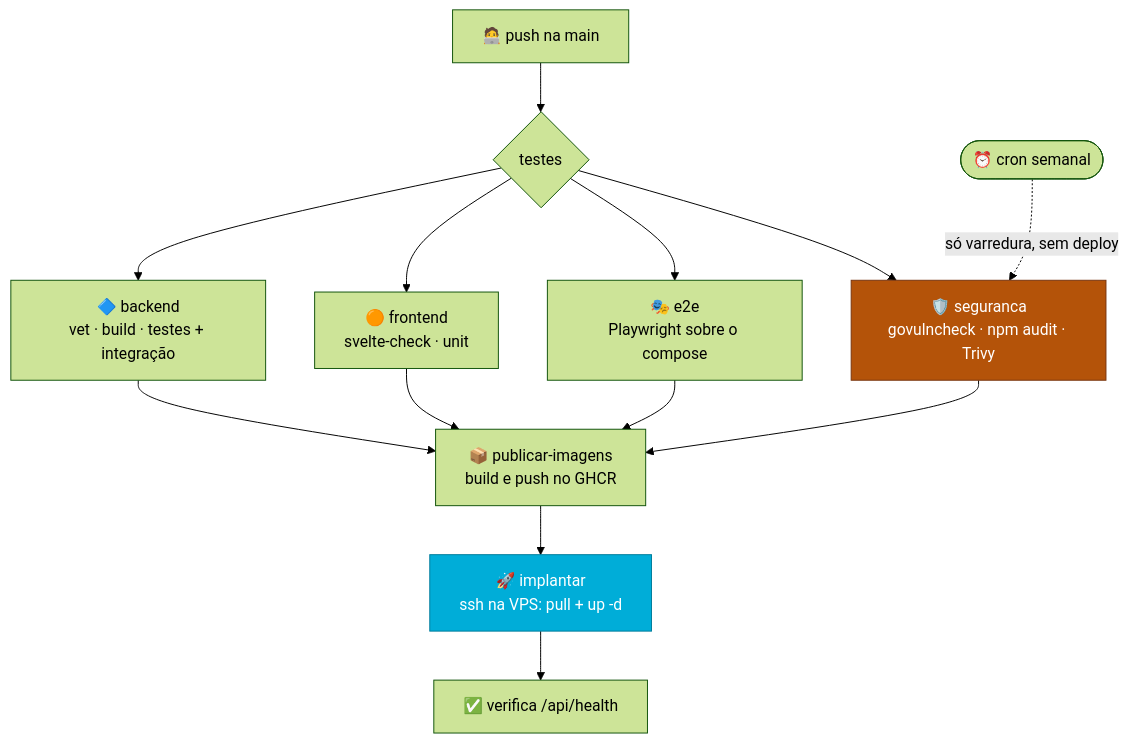
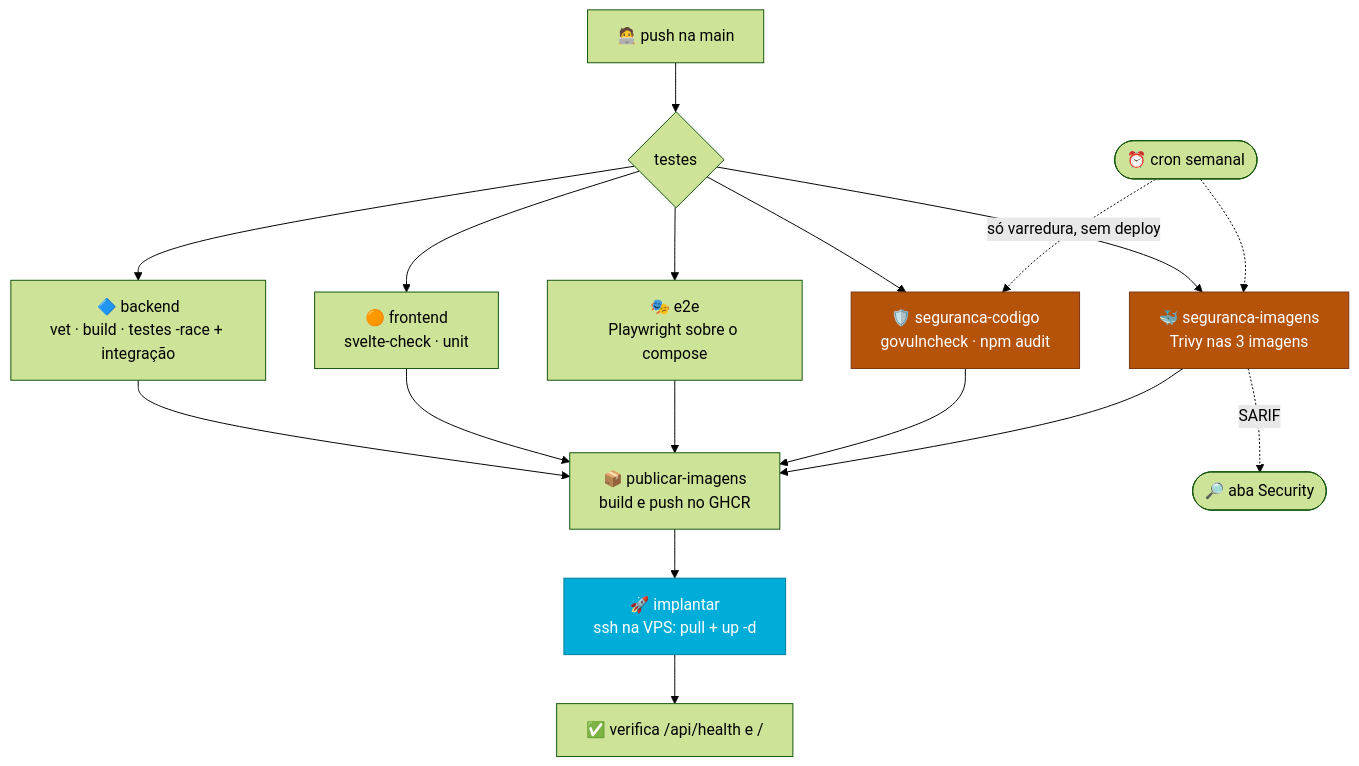
Before and after one commit to caetasousa/agendaGo: the first of 2 diagrams in docs/entrega-continua.md, drawn with Mermaid (forest theme). The commit also changed other lines of this file and 3 other files, not shown here.

````diff
--- a/docs/entrega-continua.md
+++ b/docs/entrega-continua.md
@@ -15,17 +15,21 @@
 ```mermaid
 flowchart TD
     P["🧑‍💻 push na main"] --> T{"testes"}
-    T --> B["🔷 backend<br/>vet · build · testes + integração"]
+    T --> B["🔷 backend<br/>vet · build · testes -race + integração"]
     T --> F["🟠 frontend<br/>svelte-check · unit"]
     T --> E["🎭 e2e<br/>Playwright sobre o compose"]
-    T --> S["🛡️ seguranca<br/>govulncheck · npm audit · Trivy"]
+    T --> SC["🛡️ seguranca-codigo<br/>govulncheck · npm audit"]
+    T --> SI["🐳 seguranca-imagens<br/>Trivy nas 3 imagens"]
 
-    B & F & E & S --> I["📦 publicar-imagens<br/>build e push no GHCR"]
+    B & F & E & SC & SI --> I["📦 publicar-imagens<br/>build e push no GHCR"]
     I --> D["🚀 implantar<br/>ssh na VPS: pull + up -d"]
-    D --> V["✅ verifica /api/health"]
+    D --> V["✅ verifica /api/health e /"]
 
-    C(["⏰ cron semanal"]) -.->|só varredura, sem deploy| S
+    SI -.->|SARIF| A(["🔎 aba Security"])
+    C(["⏰ cron semanal"]) -.->|só varredura, sem deploy| SC
+    C -.-> SI
 
-    style S fill:#b45309,stroke:#78350f,color:#fff
+    style SC fill:#b45309,stroke:#78350f,color:#fff
+    style SI fill:#b45309,stroke:#78350f,color:#fff
     style D fill:#00add8,stroke:#007d9c,color:#fff
 ```
````
